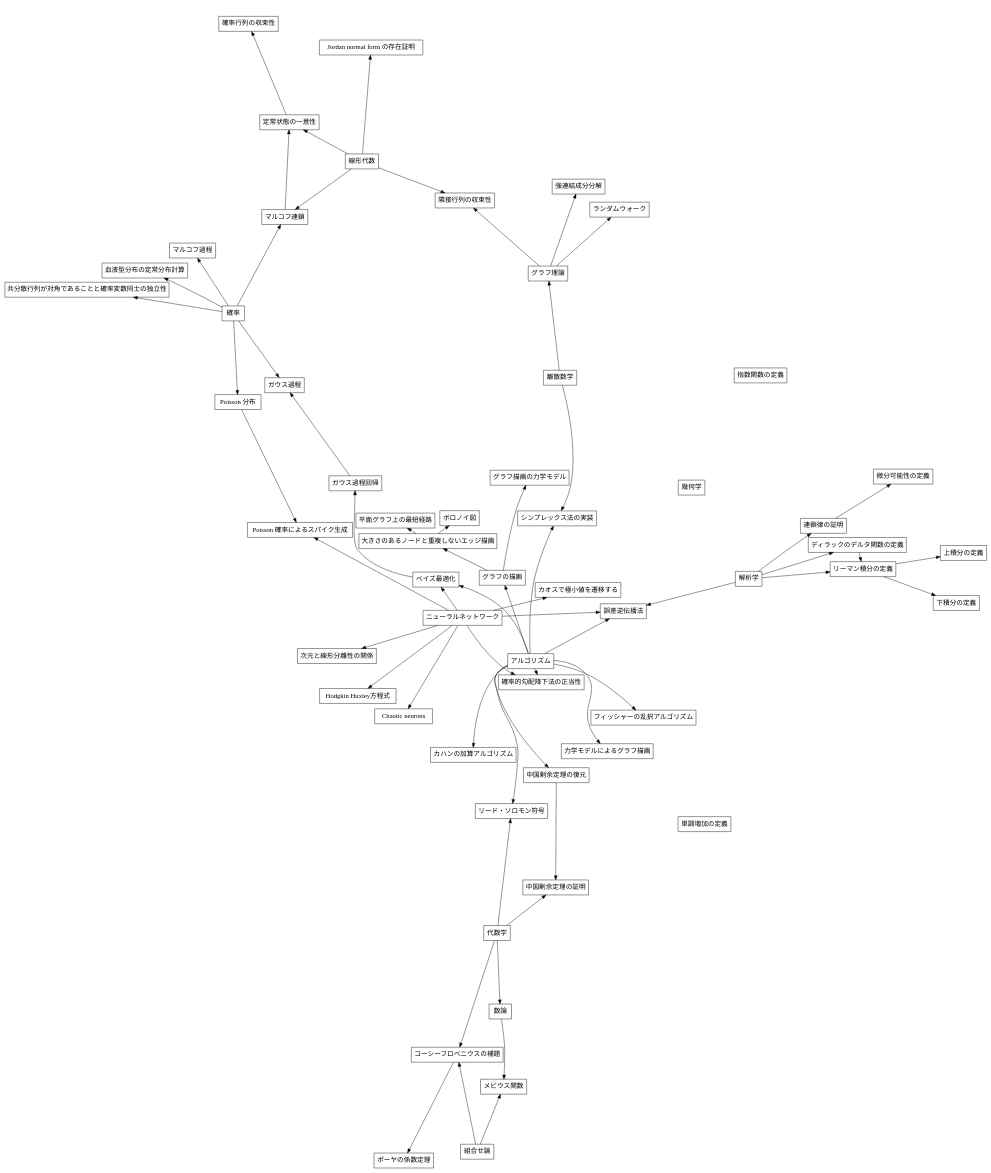
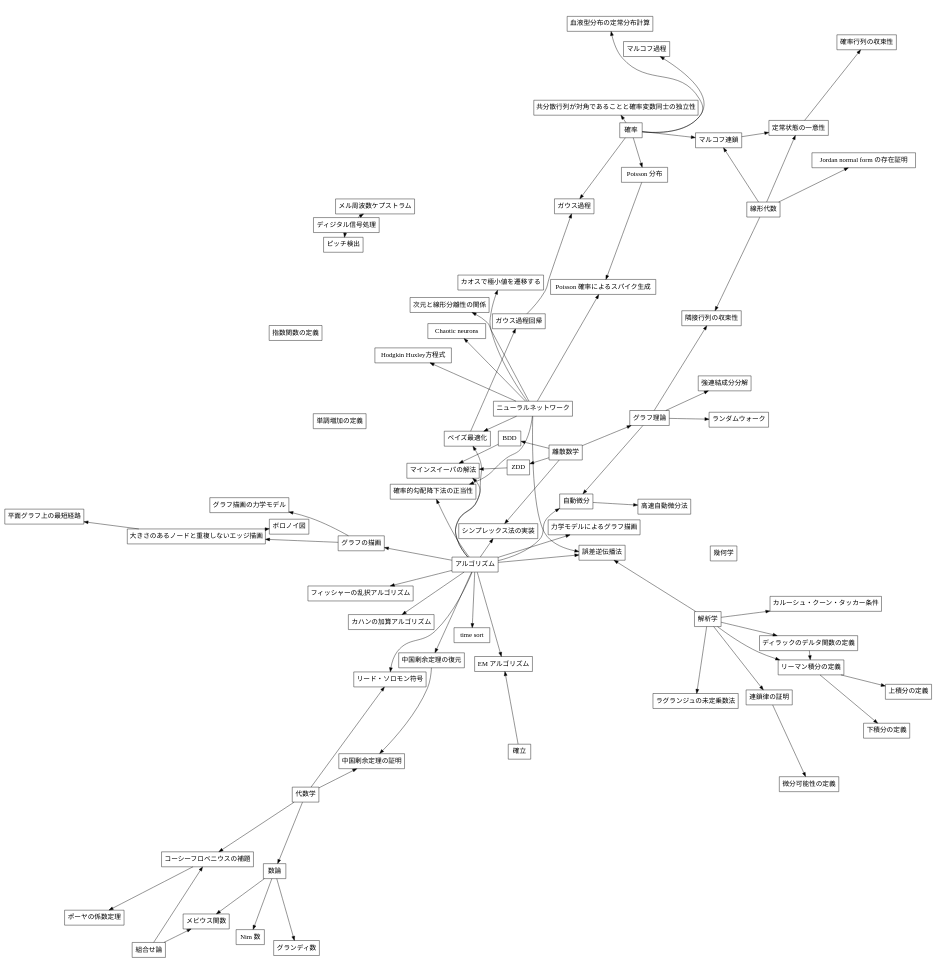
One commit to muushi97/notes changed the diagram in todo/master.dot. Above: the diagram before and after it, drawn with Graphviz. The commit also changed 1 other file, not shown here.

```diff
--- a/todo/master.dot
+++ b/todo/master.dot
@@ -1,149 +1,175 @@
 digraph graph_name {
   graph [
     charset = "UTF-8";
     label = "todo",
     labelloc = "t",
     labeljust = "c",
     bgcolor = "#ffffff",
     fontcolor = white,
     fontsize = 18,
     style = "filled",
     rankdir = TB,
     margin = 0.2,
     splines = spline,
     ranksep = 1.0,
     nodesep = 0.9,
     //layout = dot
     layout = fdp
   ];
 
   node [
     colorscheme = "rdylgn11"
     style = "solid,filled",
     shape = box,
     fontsize = 16,
     fontcolor = black,
     fontname = "Migu 1M",
     color = black,
     fillcolor = white,
   ];
 
 
   // edge define
   "ニューラルネットワーク";
   "解析学"
   "代数学";
   "幾何学";
   "線形代数";
   "確率";
   "組合せ論";
   "離散数学";
+  "ディジタル信号処理";
   { "離散数学" } -> "グラフ理論";
   { "代数学" } -> "数論";
   "アルゴリズム";
 
   "単調増加の定義";
   "指数関数の定義";
 
   { "解析学" }                          -> "連鎖律の証明";
 
   { "連鎖律の証明" }                    -> "微分可能性の定義";
 
   { "解析学" }                          -> "ディラックのデルタ関数の定義";
 
   { "解析学";
     "ディラックのデルタ関数の定義" }    -> "リーマン積分の定義";
 
   { "リーマン積分の定義" }              -> "上積分の定義";
 
   { "リーマン積分の定義" }              -> "下積分の定義";
 
   { "確率" }                            -> "マルコフ過程";
 
   { "確率" }                            -> "Poisson 分布";
 
   { "確率" }                            -> "共分散行列が対角であることと確率変数同士の独立性";
 
   { "確率" }                            -> "血液型分布の定常分布計算";
 
   { "ベイズ最適化" }                    -> "ガウス過程回帰";
 
   { "確率";
     "ガウス過程回帰" }                  -> "ガウス過程";
 
   { "グラフ理論";
     "線形代数" }                        -> "隣接行列の収束性";
 
   { "線形代数" }                        -> "Jordan normal form の存在証明";
 
   { "線形代数";
     "確率" }                            -> "マルコフ連鎖";
 
   { "マルコフ連鎖";
     "線形代数" }                        -> "定常状態の一意性";
 
   { "定常状態の一意性" }                -> "確率行列の収束性";
 
   { "アルゴリズム" }                    -> "中国剰余定理の復元";
 
   { "代数学";
     "中国剰余定理の復元" }              -> "中国剰余定理の証明";
 
   { "ニューラルネットワーク" }          -> "Hodgkin Huxley方程式";
 
   { "ニューラルネットワーク";
     "アルゴリズム" }                    -> "確率的勾配降下法の正当性";
 
   { "ニューラルネットワーク";
     "Poisson 分布" }                    -> "Poisson 確率によるスパイク生成";
 
   { "ニューラルネットワーク" }          -> "次元と線形分離性の関係";
 
   { "ニューラルネットワーク" }          -> "Chaotic neurons";
 
   { "ニューラルネットワーク";
     "アルゴリズム" }                    -> "ベイズ最適化";
 
   { "ニューラルネットワーク" }          -> "カオスで極小値を遷移する";
   // ホップフィールドモデルだとエネルギー関数の極小値に記憶がうめこまれる
   // カオスニューラルネットのひとつがホップフィールドネットワークで、海馬でもカオスがみられてる
   // カオスんニューラルネットワークならうまくやればエネルギーの極小値にしばらく留まってから別の極小値へ遷移するようになる
   // これを利用すればネットワークが記憶した内容をとりだせる
 
 
   { "アルゴリズム" }                    -> "フィッシャーの乱択アルゴリズム";
 
   { "アルゴリズム" }                    -> "カハンの加算アルゴリズム";
 
   { "アルゴリズム";
     "離散数学" }                        -> "シンプレックス法の実装";
 
   { "アルゴリズム" }                    -> "力学モデルによるグラフ描画";
 
   { "アルゴリズム" }                    -> "グラフの描画";
   { "グラフの描画" }                    -> "グラフ描画の力学モデル";
 
   { "グラフの描画" }                    -> "大きさのあるノードと重複しないエッジ描画";
   { "大きさのあるノードと重複しないエッジ描画" } -> "ボロノイ図";
   { "大きさのあるノードと重複しないエッジ描画" } -> "平面グラフ上の最短経路";
 
   { "ニューラルネットワーク";
     "解析学";
     "アルゴリズム" }                    -> "誤差逆伝播法";
 
   { "代数学";
     "アルゴリズム" }                    -> "リード・ソロモン符号";
 
   { "代数学";
     "組合せ論" }                        -> "コーシーフロベニウスの補題";
 
   { "コーシーフロベニウスの補題" }      -> "ポーヤの係数定理";
 
   { "グラフ理論" }                      -> "強連結成分分解";
 
   { "グラフ理論" }                      -> "ランダムウォーク";
 
-
   { "数論";
     "組合せ論" }                        -> "メビウス関数";
+
+  { "アルゴリズム";
+    "グラフ理論" }                      -> "自動微分";
+
+  { "自動微分" }                        -> "高速自動微分法";
+
+  { "アルゴリズム";
+    "確立" }                            -> "EM アルゴリズム";
+
+  { "アルゴリズム" }                    -> "time sort";
+
+  { "数論" }                            -> "グランディ数";
+  { "数論" }                            -> "Nim 数";
+
+  { "離散数学" }                        -> "BDD";
+  { "離散数学" }                        -> "ZDD";
+
+  { "BDD";
+    "ZDD"; 
+    "アルゴリズム" }                    -> "マインスイーパの解法";
+
+  { "ディジタル信号処理"; }             -> "メル周波数ケプストラム";
+  { "ディジタル信号処理"; }             -> "ピッチ検出";
+
+  { "解析学"; }                         -> "ラグランジュの未定乗数法";
+  { "解析学"; }                         -> "カルーシュ・クーン・タッカー条件";
 }
```
